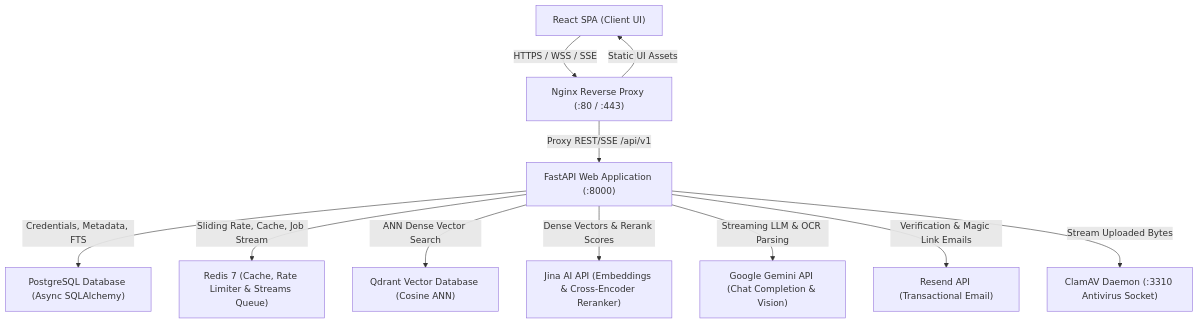
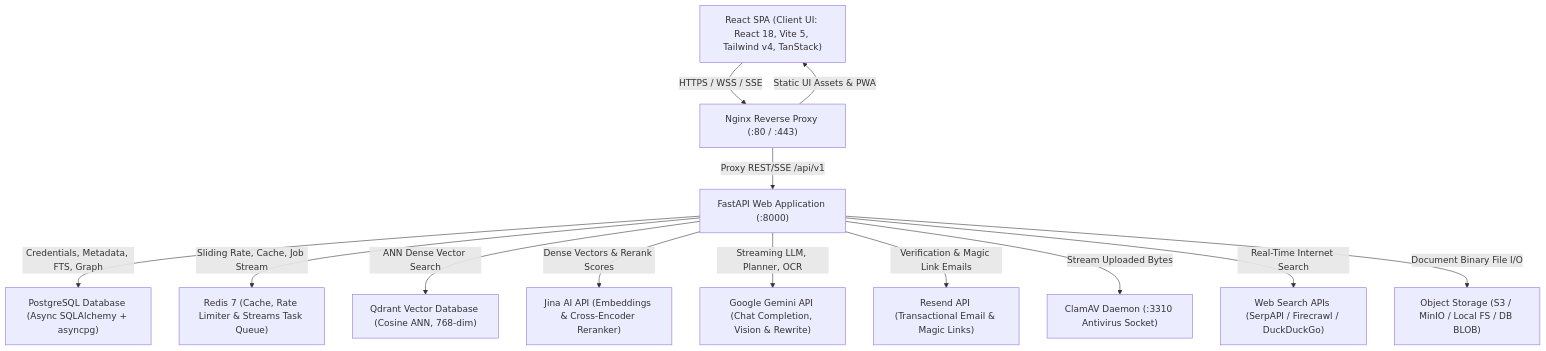
The first of 7 diagrams in ARCHITECTURE.md (Satya-Naraharisetty/FusionRAG), drawn with Mermaid before and after one commit. The commit also changed other lines of this file and 3 other files, not shown here.

Commit message:
docs: expand system architecture documentation to include security, retrieval, and ingestion pipeline enhancements

````diff
--- a/ARCHITECTURE.md
+++ b/ARCHITECTURE.md
@@ -11,24 +11,28 @@
 ```mermaid
 graph TD
-    Browser["React SPA (Client UI)"]
+    Browser["React SPA (Client UI: React 18, Vite 5, Tailwind v4, TanStack)"]
     Nginx["Nginx Reverse Proxy (:80 / :443)"]
     FastAPI["FastAPI Web Application (:8000)"]
-    Postgres["PostgreSQL Database (Async SQLAlchemy)"]
-    Redis["Redis 7 (Cache, Rate Limiter & Streams Queue)"]
-    Qdrant["Qdrant Vector Database (Cosine ANN)"]
+    Postgres["PostgreSQL Database (Async SQLAlchemy + asyncpg)"]
+    Redis["Redis 7 (Cache, Rate Limiter & Streams Task Queue)"]
+    Qdrant["Qdrant Vector Database (Cosine ANN, 768-dim)"]
     Jina["Jina AI API (Embeddings & Cross-Encoder Reranker)"]
-    Gemini["Google Gemini API (Chat Completion & Vision)"]
-    Resend["Resend API (Transactional Email)"]
+    Gemini["Google Gemini API (Chat Completion, Vision & Rewrite)"]
+    Resend["Resend API (Transactional Email & Magic Links)"]
     ClamAV["ClamAV Daemon (:3310 Antivirus Socket)"]
+    WebSearch["Web Search APIs (SerpAPI / Firecrawl / DuckDuckGo)"]
+    Storage["Object Storage (S3 / MinIO / Local FS / DB BLOB)"]
 
     Browser -->|HTTPS / WSS / SSE| Nginx
-    Nginx -->|Static UI Assets| Browser
+    Nginx -->|Static UI Assets & PWA| Browser
     Nginx -->|Proxy REST/SSE /api/v1| FastAPI
-    FastAPI -->|Credentials, Metadata, FTS| Postgres
+    FastAPI -->|Credentials, Metadata, FTS, Graph| Postgres
     FastAPI -->|Sliding Rate, Cache, Job Stream| Redis
     FastAPI -->|ANN Dense Vector Search| Qdrant
     FastAPI -->|Dense Vectors & Rerank Scores| Jina
-    FastAPI -->|Streaming LLM & OCR Parsing| Gemini
+    FastAPI -->|Streaming LLM, Planner, OCR| Gemini
     FastAPI -->|Verification & Magic Link Emails| Resend
     FastAPI -->|Stream Uploaded Bytes| ClamAV
+    FastAPI -->|Real-Time Internet Search| WebSearch
+    FastAPI -->|Document Binary File I/O| Storage
 ```
````
